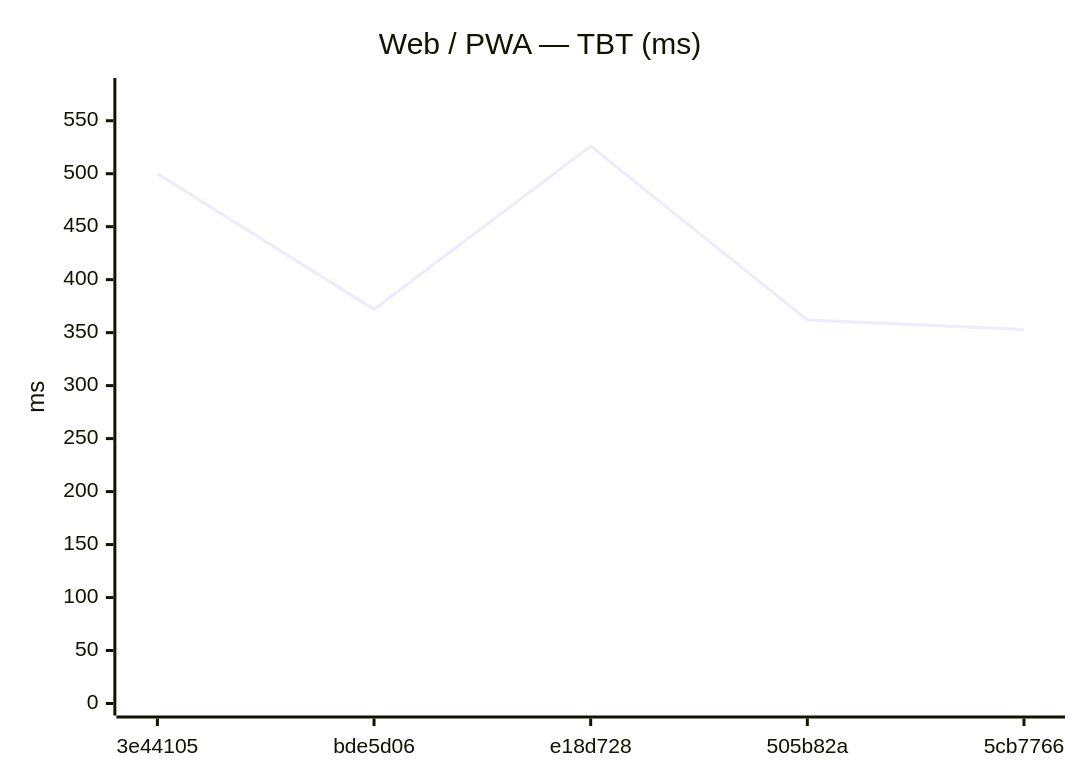
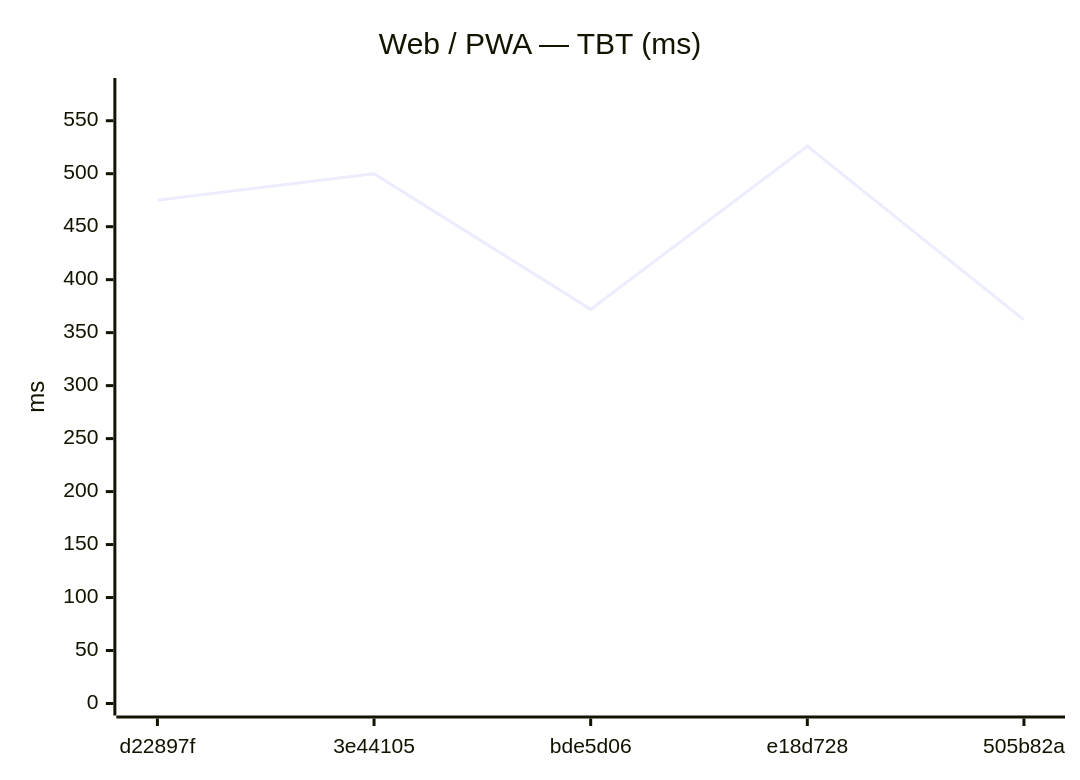
Before and after one commit to Metaheurist/Rianell: the eighth of 18 diagrams in benchmarks/compare.md, drawn with Mermaid. The commit also changed other lines of this file and 11 other files, not shown here.

````diff
--- a/benchmarks/compare.md
+++ b/benchmarks/compare.md
@@ -124,7 +124,7 @@
 ```mermaid
 xychart-beta
     title "Web / PWA — TBT (ms)"
-    x-axis ["3e44105", "bde5d06", "e18d728", "505b82a", "5cb7766"]
+    x-axis ["d22897f", "3e44105", "bde5d06", "e18d728", "505b82a"]
     y-axis "ms" 0 --> 579
-    line [500, 372, 526, 362, 353]
+    line [475, 500, 372, 526, 362]
 ```
````
